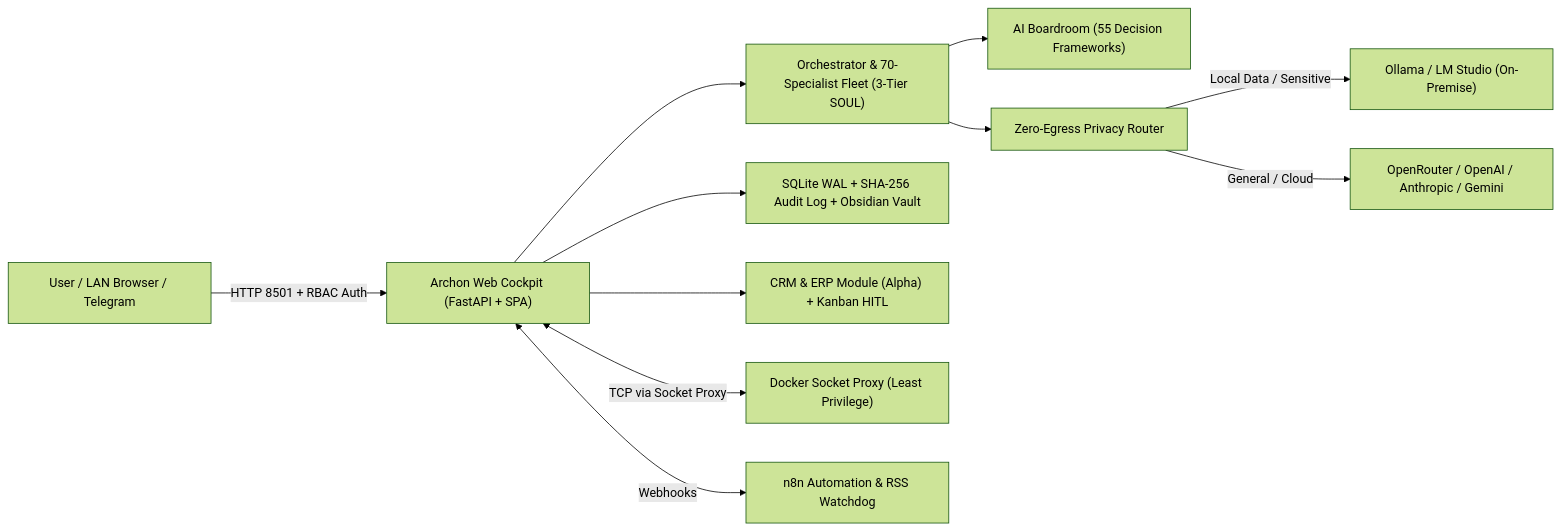
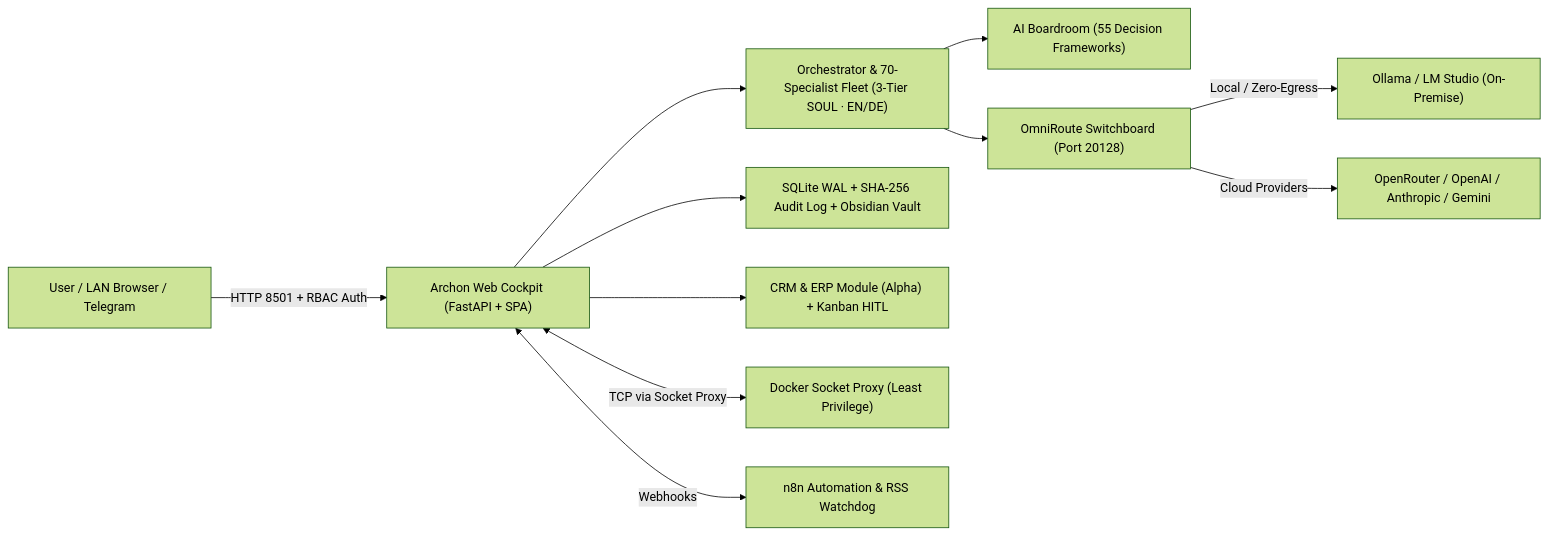
The diagram in README.md (michaelbeatman/ARCHON-OS), drawn with Mermaid (forest theme) before and after one commit. The commit also changed other lines of this file and 53 other files, not shown here.

````diff
--- a/README.md
+++ b/README.md
@@ -148,13 +159,13 @@
 ```mermaid
 flowchart LR
     U["User / LAN Browser / Telegram"] -->|HTTP 8501 + RBAC Auth| UI["Archon Web Cockpit (FastAPI + SPA)"]
-    UI --> OR["Orchestrator & 70-Specialist Fleet (3-Tier SOUL)"]
+    UI --> OR["Orchestrator & 70-Specialist Fleet (3-Tier SOUL · EN/DE)"]
     OR --> BR["AI Boardroom (55 Decision Frameworks)"]
-    OR --> PR["Zero-Egress Privacy Router"]
-    PR -->|Local Data / Sensitive| LOC["Ollama / LM Studio (On-Premise)"]
-    PR -->|General / Cloud| CLD["OpenRouter / OpenAI / Anthropic / Gemini"]
+    OR --> OM["OmniRoute Switchboard (Port 20128)"]
+    OM -->|Local / Zero-Egress| LOC["Ollama / LM Studio (On-Premise)"]
+    OM -->|Cloud Providers| CLD["OpenRouter / OpenAI / Anthropic / Gemini"]
     UI --> DB["SQLite WAL + SHA-256 Audit Log + Obsidian Vault"]
     UI --> ERP["CRM & ERP Module (Alpha) + Kanban HITL"]
     UI <-->|TCP via Socket Proxy| DOC["Docker Socket Proxy (Least Privilege)"]
     UI <-->|Webhooks| N8N["n8n Automation & RSS Watchdog"]
 ```
````
